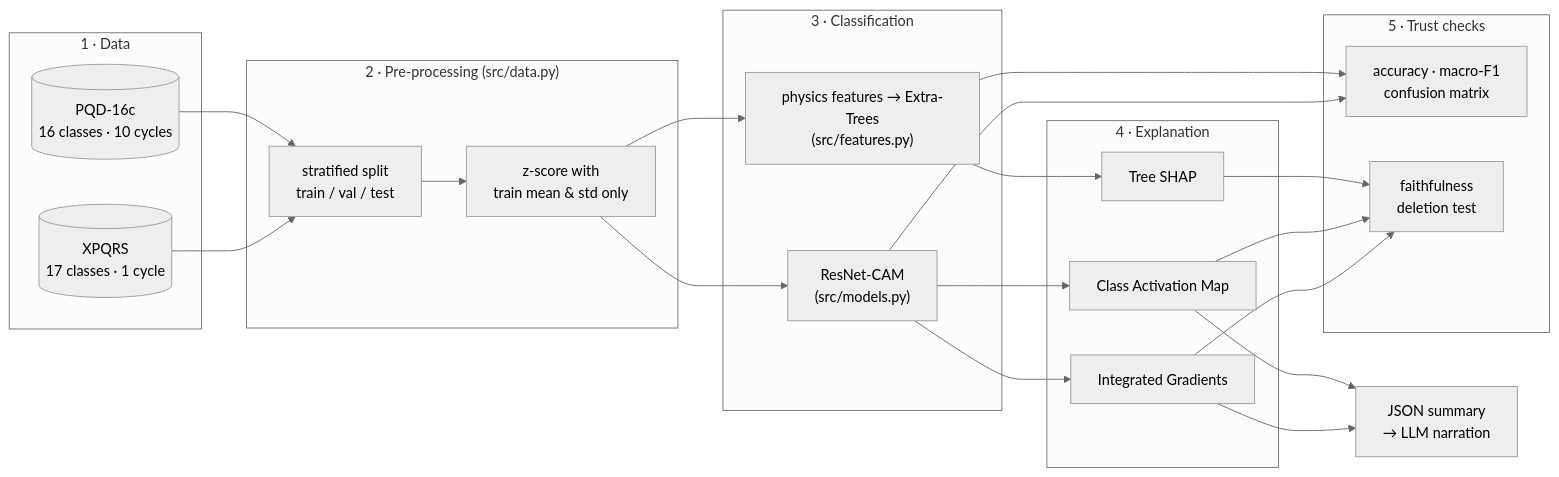
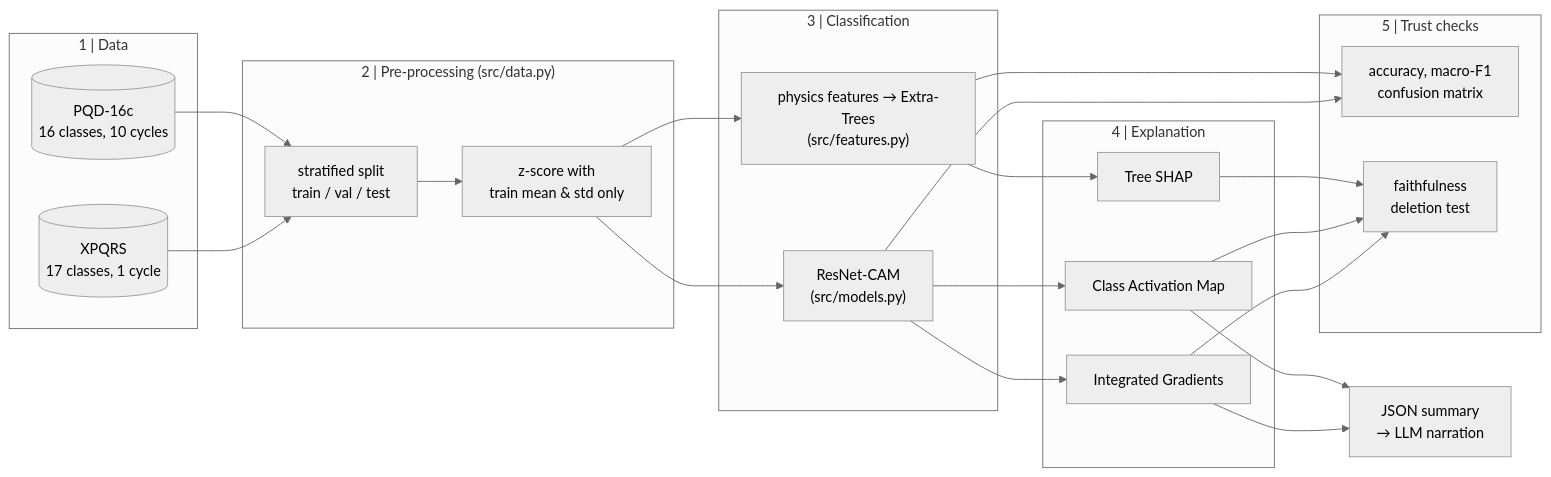
Before and after one commit to Chethan616/xai: the first of 4 diagrams in docs/ARCHITECTURE.md, drawn with Mermaid (neutral theme). The commit also changed other lines of this file and 18 other files, not shown here.

Commit message:
Replace middle-dot separators with commas and pipes across docs, diagrams and GUI

````diff
--- a/docs/ARCHITECTURE.md
+++ b/docs/ARCHITECTURE.md
@@ -9,32 +9,32 @@
 ```mermaid
 flowchart LR
-    subgraph DATA["1 · Data"]
-        A1[("XPQRS<br/>17 classes · 1 cycle")]
-        A2[("PQD-16c<br/>16 classes · 10 cycles")]
+    subgraph DATA["1 | Data"]
+        A1[("XPQRS<br/>17 classes, 1 cycle")]
+        A2[("PQD-16c<br/>16 classes, 10 cycles")]
     end
-    subgraph PREP["2 · Pre-processing  (src/data.py)"]
+    subgraph PREP["2 | Pre-processing  (src/data.py)"]
         B1["stratified split<br/>train / val / test"]
         B2["z-score with<br/>train mean & std only"]
     end
-    subgraph MODEL["3 · Classification"]
+    subgraph MODEL["3 | Classification"]
         C1["ResNet-CAM<br/>(src/models.py)"]
         C2["physics features → Extra-Trees<br/>(src/features.py)"]
     end
-    subgraph XAI["4 · Explanation"]
+    subgraph XAI["4 | Explanation"]
         D1["Integrated Gradients"]
         D2["Class Activation Map"]
         D3["Tree SHAP"]
     end
-    subgraph EVAL["5 · Trust checks"]
-        E1["accuracy · macro-F1<br/>confusion matrix"]
+    subgraph EVAL["5 | Trust checks"]
+        E1["accuracy, macro-F1<br/>confusion matrix"]
         E2["faithfulness<br/>deletion test"]
     end
     F["JSON summary<br/>→ LLM narration"]
 
     A1 & A2 --> B1 --> B2 --> C1 & C2
     C1 --> D1 & D2
     C2 --> D3
     C1 & C2 --> E1
     D1 & D2 & D3 --> E2
     D1 & D2 --> F
 ```
````
